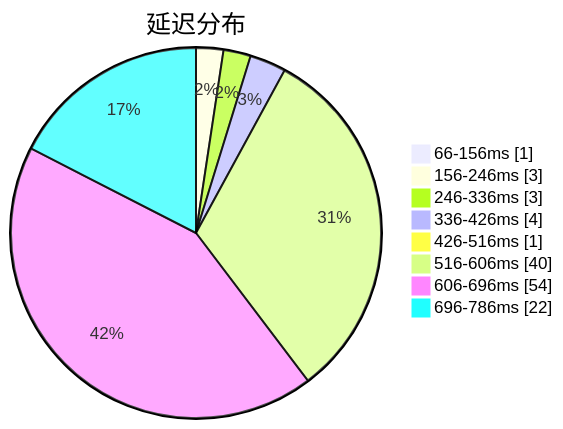
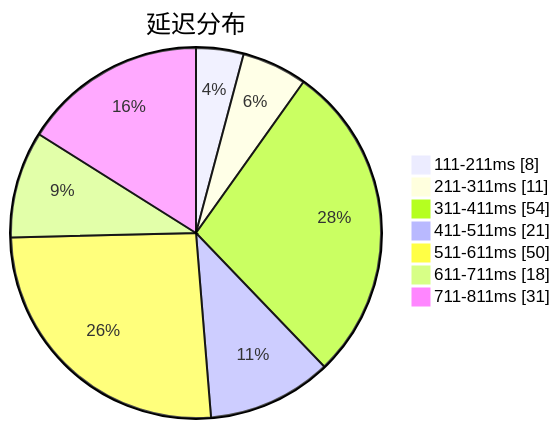
Before and after one commit to sinspired/airport: the first of 3 diagrams in subs/statistics/tested_within.md, drawn with Mermaid. The commit also changed other lines of this file and 2 other files, not shown here.

````diff
--- a/subs/statistics/tested_within.md
+++ b/subs/statistics/tested_within.md
@@ -2,12 +2,11 @@
 ```mermaid
 pie showData
 title 延迟分布
-"66-156ms" : 1
-"156-246ms" : 3
-"246-336ms" : 3
-"336-426ms" : 4
-"426-516ms" : 1
-"516-606ms" : 40
-"606-696ms" : 54
-"696-786ms" : 22
+"111-211ms" : 8
+"211-311ms" : 11
+"311-411ms" : 54
+"411-511ms" : 21
+"511-611ms" : 50
+"611-711ms" : 18
+"711-811ms" : 31
 ```
````
